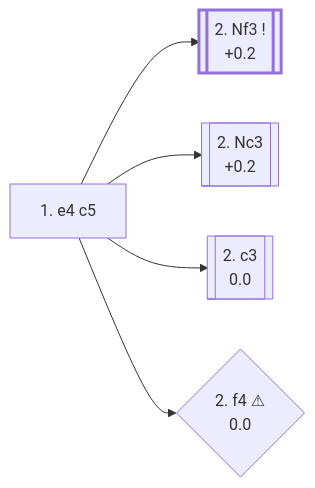
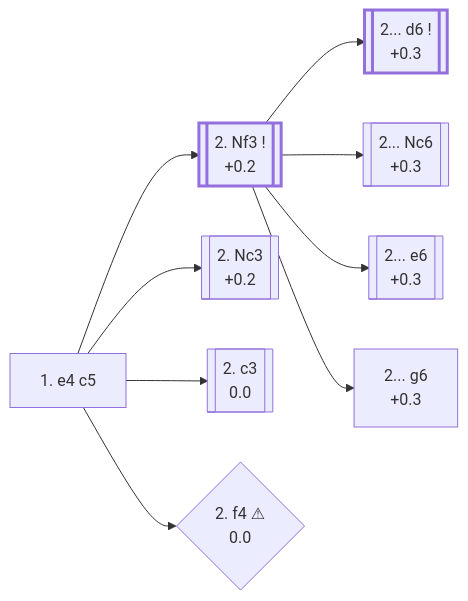
The diagram in e4_openings/B20_1e4c5_Sicilian.md (onclemarcel/chess_flashcards), drawn with Mermaid before and after one commit. The commit also changed other lines of this file and 6 other files, not shown here.

First line of the commit message:
Phase B: Sicilian sub-systems (Najdorf, Sveshnikov, Kan/Taimanov, Accelerated Dragon)

````diff
--- a/e4_openings/B20_1e4c5_Sicilian.md
+++ b/e4_openings/B20_1e4c5_Sicilian.md
@@ -12,16 +12,25 @@
 ```mermaid
 flowchart LR
     classDef main stroke-width:3px;
 
     c5["1. e4 c5"]
     click c5 "#_initial_move_" "B20 · Sicilian Defense"
 
     c5 --> Nf3[["2. Nf3 !<br/>+0.2"]]:::main
     click Nf3 "#_Nf3_" "B20 · Sicilian Defense: Open Sicilian"
     c5 --> Nc3[["2. Nc3<br/>+0.2"]]
     click Nc3 "#_Nc3_" "B23 · Sicilian Defense: Closed Variation"
     c5 --> c3[["2. c3<br/>0.0"]]
     click c3 "#_c3_" "B22 · Sicilian Defense: Alapin Variation"
     c5 --> f4{"2. f4 ⚠<br/>0.0"}
     click f4 "#_f4_" "B21 · Sicilian Defense: Grand Prix Attack"
+
+    Nf3 --> d6[["2... d6 !<br/>+0.3"]]:::main
+    click d6 "https://github.com/onclemarcel/chess_flashcards/blob/main/e4_openings/B50_Sicilian_d6_Open.md" "B50 · Sicilian Defense, Open"
+    Nf3 --> Nc6b[["2... Nc6<br/>+0.3"]]
+    click Nc6b "https://github.com/onclemarcel/chess_flashcards/blob/main/e4_openings/B30_Sicilian_Nc6_Open.md" "B30 · Sicilian Defense, 2... Nc6"
+    Nf3 --> e6b[["2... e6<br/>+0.3"]]
+    click e6b "https://github.com/onclemarcel/chess_flashcards/blob/main/e4_openings/B40_Sicilian_e6_Open.md" "B40 · Sicilian Defense, 2... e6"
+    Nf3 --> g6b["2... g6<br/>+0.3"]
+    click g6b "https://github.com/onclemarcel/chess_flashcards/blob/main/e4_openings/B34_Sicilian_g6_Accelerated_Dragon.md" "B34 · Sicilian Defense: Accelerated Dragon"
 ```
````
